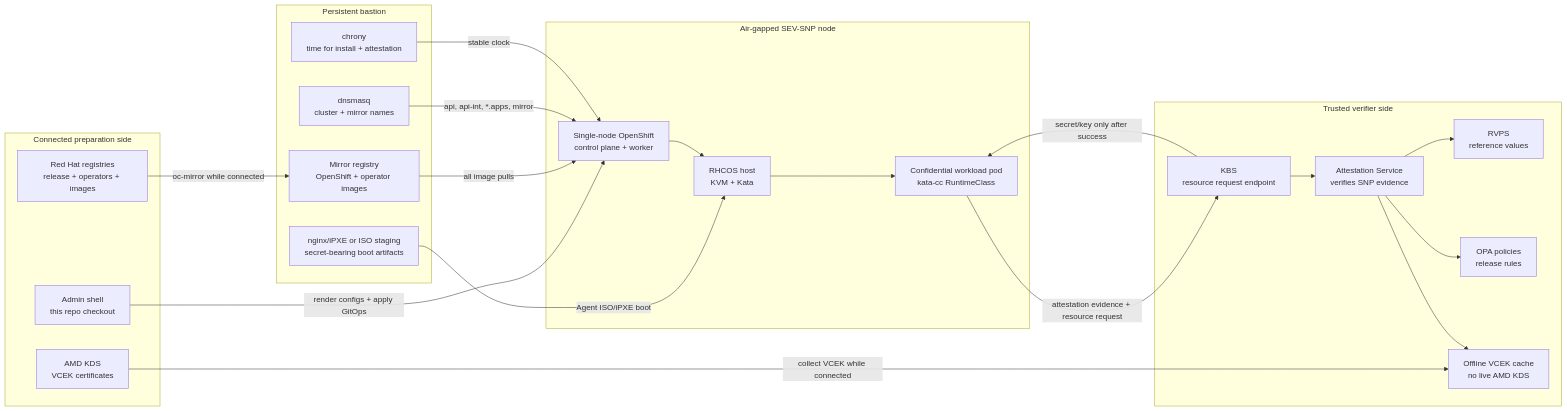
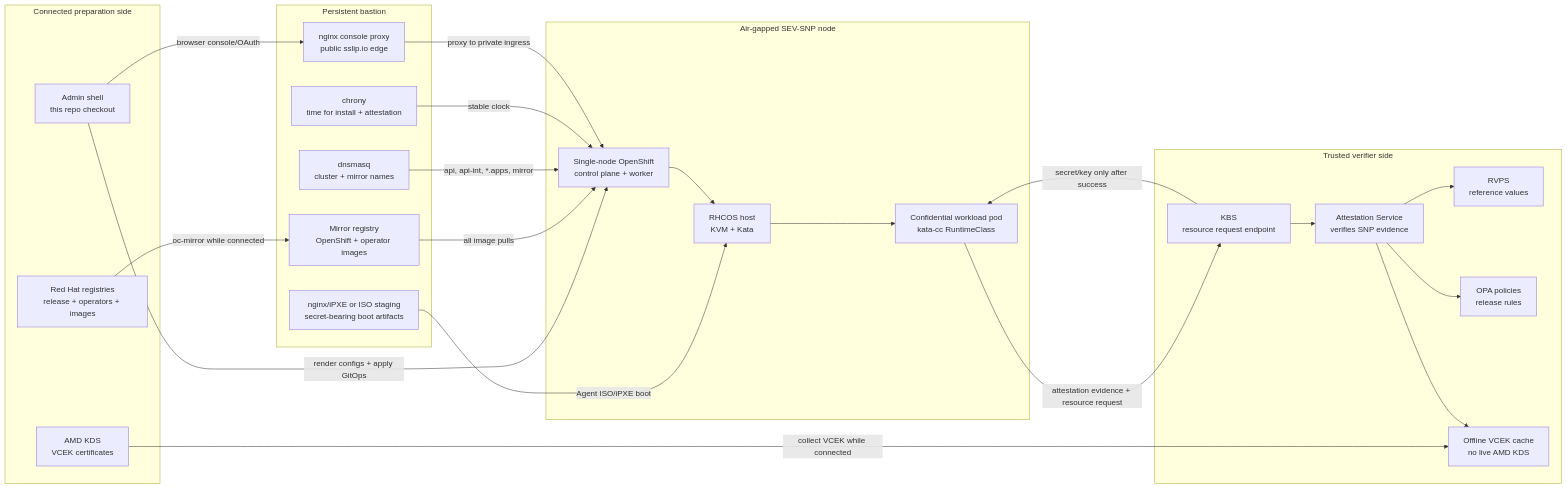
The first of 5 diagrams in docs/install-guide.md (shpwrck/openshift-confidential-containers), drawn with Mermaid before and after one commit. The commit also changed other lines of this file and 1 other file, not shown here.

Commit message:
Document public console proxy in overview

````diff
--- a/docs/install-guide.md
+++ b/docs/install-guide.md
@@ -68,44 +68,47 @@
 ```mermaid
 flowchart LR
   subgraph Connected["Connected preparation side"]
     RH["Red Hat registries\nrelease + operators + images"]
     AMD["AMD KDS\nVCEK certificates"]
     Admin["Admin shell\nthis repo checkout"]
   end
 
   subgraph Bastion["Persistent bastion"]
     Mirror["Mirror registry\nOpenShift + operator images"]
     DNS["dnsmasq\ncluster + mirror names"]
     NTP["chrony\ntime for install + attestation"]
     Boot["nginx/iPXE or ISO staging\nsecret-bearing boot artifacts"]
+    ConsoleProxy["nginx console proxy\npublic sslip.io edge"]
   end
 
   subgraph SNO["Air-gapped SEV-SNP node"]
     RHCOS["RHCOS host\nKVM + Kata"]
     OCP["Single-node OpenShift\ncontrol plane + worker"]
     CVM["Confidential workload pod\nkata-cc RuntimeClass"]
   end
 
   subgraph Trustee["Trusted verifier side"]
     KBS["KBS\nresource request endpoint"]
     AS["Attestation Service\nverifies SNP evidence"]
     RVPS["RVPS\nreference values"]
     Policy["OPA policies\nrelease rules"]
     VCEK["Offline VCEK cache\nno live AMD KDS"]
   end
 
   RH -->|"oc-mirror while connected"| Mirror
   AMD -->|"collect VCEK while connected"| VCEK
   Admin -->|"render configs + apply GitOps"| OCP
+  Admin -->|"browser console/OAuth"| ConsoleProxy
   Boot -->|"Agent ISO/iPXE boot"| RHCOS
   Mirror -->|"all image pulls"| OCP
   DNS -->|"api, api-int, *.apps, mirror"| OCP
   NTP -->|"stable clock"| OCP
+  ConsoleProxy -->|"proxy to private ingress"| OCP
   OCP --> RHCOS --> CVM
   CVM -->|"attestation evidence + resource request"| KBS
   KBS --> AS
   AS --> RVPS
   AS --> Policy
   AS --> VCEK
   KBS -->|"secret/key only after success"| CVM
 ```
````
